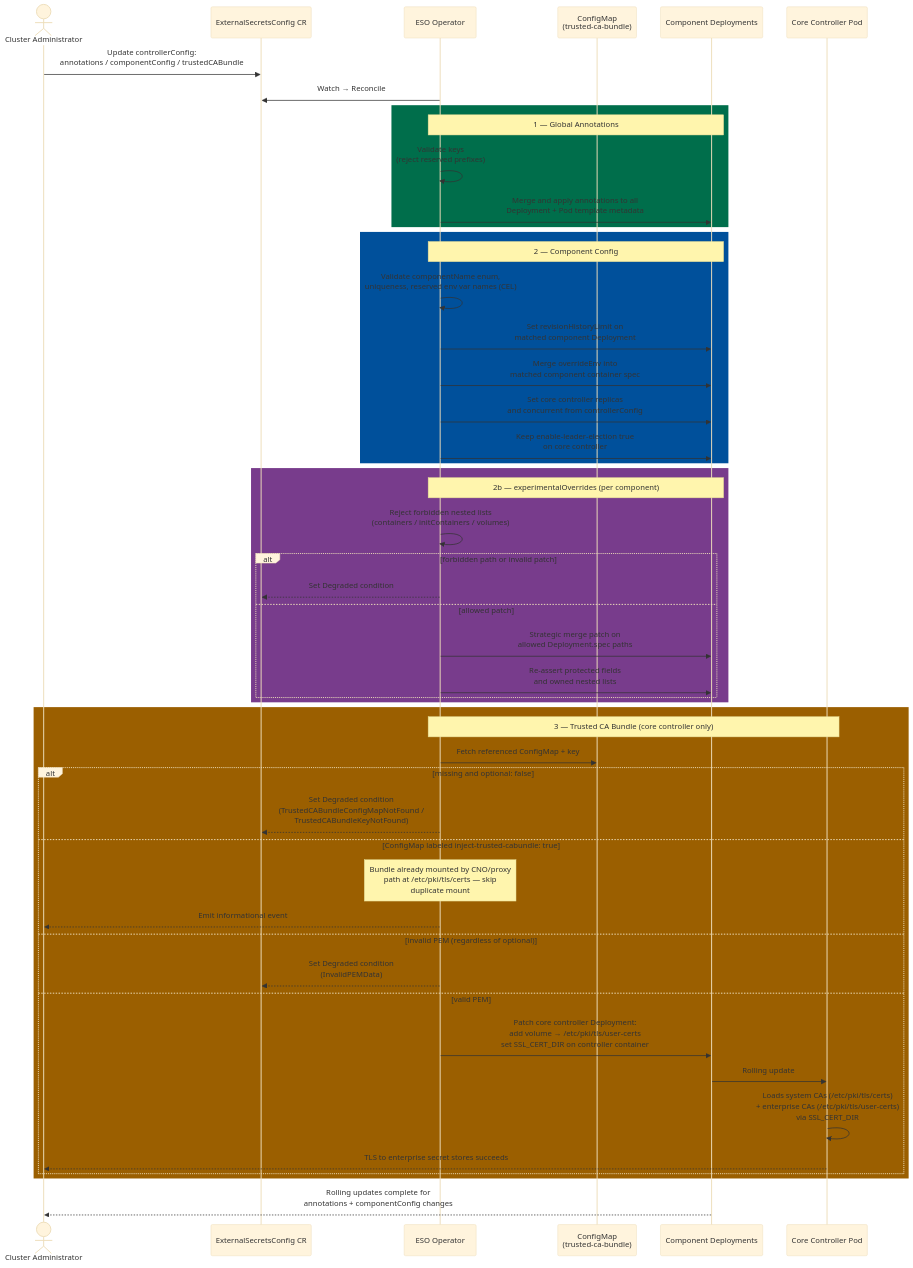
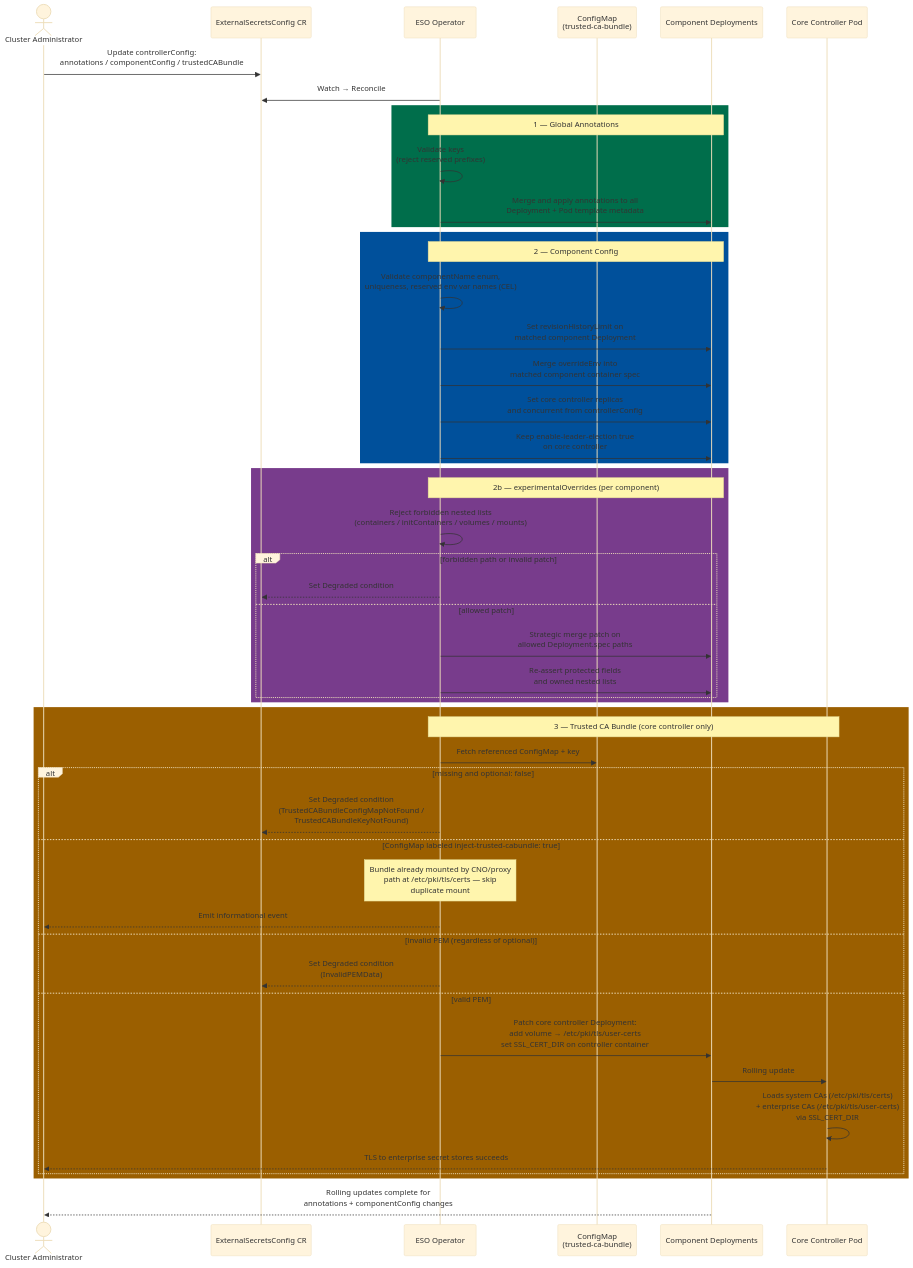
One commit to openshift/enhancements changed the diagram in enhancements/external-secrets-operator/external-secrets-component-config.md. Above: the diagram before and after it, drawn with Mermaid (base theme). The commit also changed other lines of this file, not shown here.

````diff
--- a/enhancements/external-secrets-operator/external-secrets-component-config.md
+++ b/enhancements/external-secrets-operator/external-secrets-component-config.md
@@ -163,58 +159,58 @@
 ```mermaid
 sequenceDiagram
     actor Admin as Cluster Administrator
     participant CR as ExternalSecretsConfig CR
     participant Op as ESO Operator
     participant CM as ConfigMap<br/>(trusted-ca-bundle)
     participant Deps as Component Deployments
     participant Pod as Core Controller Pod
 
     Admin->>CR: Update controllerConfig:<br/>annotations / componentConfig / trustedCABundle
     Op->>CR: Watch → Reconcile
 
     rect rgb(0, 110, 75)
         Note over Op,Deps: 1 — Global Annotations
         Op->>Op: Validate keys<br/>(reject reserved prefixes)
         Op->>Deps: Merge and apply annotations to all<br/>Deployment + Pod template metadata
     end
 
     rect rgb(0, 80, 155)
         Note over Op,Deps: 2 — Component Config
         Op->>Op: Validate componentName enum,<br/>uniqueness, reserved env var names (CEL)
         Op->>Deps: Set revisionHistoryLimit on<br/>matched component Deployment
         Op->>Deps: Merge overrideEnv into<br/>matched component container spec
         Op->>Deps: Set core controller replicas<br/>and concurrent from controllerConfig
         Op->>Deps: Keep enable-leader-election true<br/>on core controller
     end
 
     rect rgb(120, 60, 140)
         Note over Op,Deps: 2b — experimentalOverrides (per component)
-        Op->>Op: Reject forbidden nested lists<br/>(containers / initContainers / volumes)
+        Op->>Op: Reject forbidden nested lists<br/>(containers / initContainers / volumes / mounts)
         alt forbidden path or invalid patch
             Op-->>CR: Set Degraded condition
         else allowed patch
             Op->>Deps: Strategic merge patch on<br/>allowed Deployment.spec paths
             Op->>Deps: Re-assert protected fields<br/>and owned nested lists
         end
     end
 
     rect rgb(155, 95, 0)
         Note over Op,Pod: 3 — Trusted CA Bundle (core controller only)
         Op->>CM: Fetch referenced ConfigMap + key
         alt missing and optional: false
             Op-->>CR: Set Degraded condition<br/>(TrustedCABundleConfigMapNotFound /<br/>TrustedCABundleKeyNotFound)
         else ConfigMap labeled inject-trusted-cabundle: true
             Note over Op: Bundle already mounted by CNO/proxy<br/>path at /etc/pki/tls/certs — skip<br/>duplicate mount
             Op-->>Admin: Emit informational event
         else invalid PEM (regardless of optional)
             Op-->>CR: Set Degraded condition<br/>(InvalidPEMData)
         else valid PEM
             Op->>Deps: Patch core controller Deployment:<br/>add volume → /etc/pki/tls/user-certs<br/>set SSL_CERT_DIR on controller container
             Deps->>Pod: Rolling update
             Pod->>Pod: Loads system CAs (/etc/pki/tls/certs)<br/>+ enterprise CAs (/etc/pki/tls/user-certs)<br/>via SSL_CERT_DIR
             Pod-->>Admin: TLS to enterprise secret stores succeeds
         end
     end
 
     Deps-->>Admin: Rolling updates complete for<br/>annotations + componentConfig changes
 ```
````
